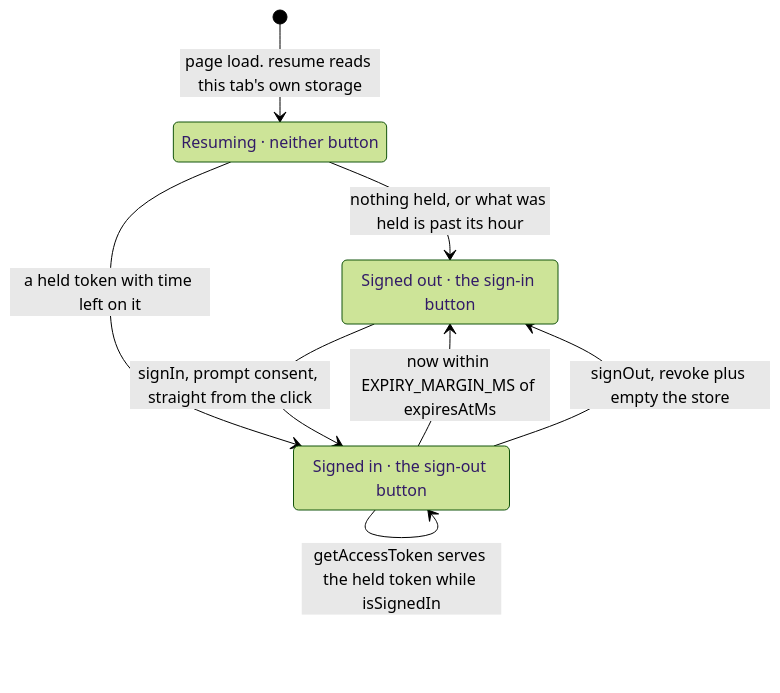
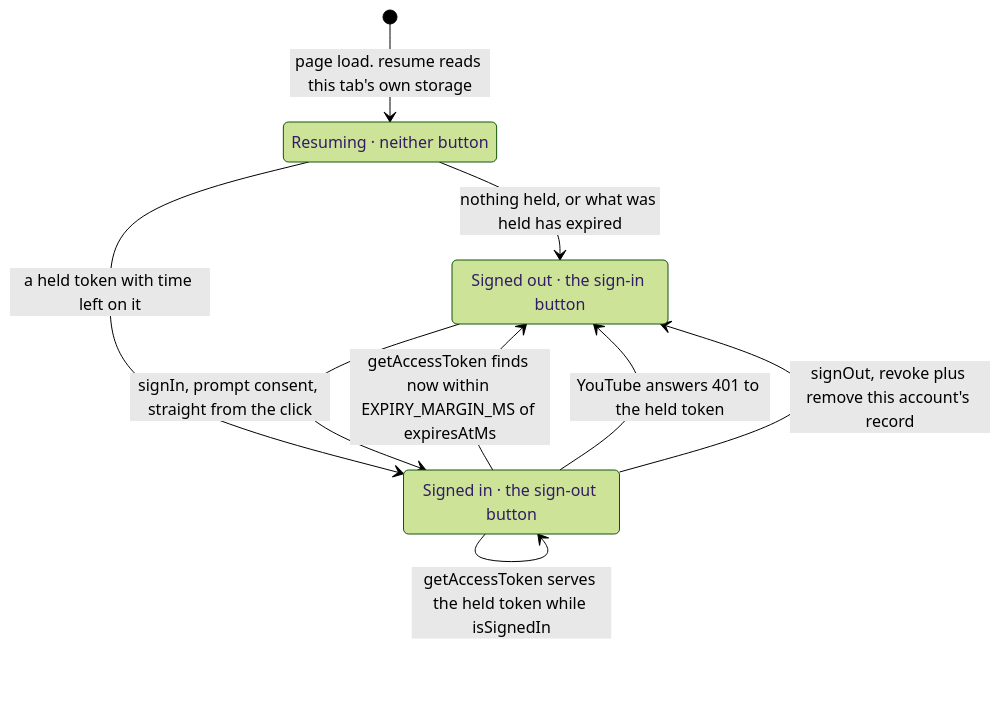
One commit to coolhandle01/telly changed the first of 2 diagrams in docs/architecture/tokens.md. Above: the diagram before and after it, drawn with Mermaid (forest theme). The commit also changed other lines of this file and 86 other files, not shown here.

````diff
--- a/docs/architecture/tokens.md
+++ b/docs/architecture/tokens.md
@@ -100,15 +102,16 @@
 ```mermaid
 stateDiagram-v2
   state "Signed out · the sign-in button" as signedOut
   state "Resuming · neither button" as resuming
   state "Signed in · the sign-out button" as signedIn
 
   [*] --> resuming : page load. resume reads this tab's own storage
   resuming --> signedIn : a held token with time left on it
-  resuming --> signedOut : nothing held, or what was held is past its hour
+  resuming --> signedOut : nothing held, or what was held has expired
 
   signedOut --> signedIn : signIn, prompt consent, straight from the click
   signedIn --> signedIn : getAccessToken serves the held token while isSignedIn
-  signedIn --> signedOut : now within EXPIRY_MARGIN_MS of expiresAtMs
-  signedIn --> signedOut : signOut, revoke plus empty the store
+  signedIn --> signedOut : getAccessToken finds now within EXPIRY_MARGIN_MS of expiresAtMs
+  signedIn --> signedOut : YouTube answers 401 to the held token
+  signedIn --> signedOut : signOut, revoke plus remove this account's record
 ```
````
